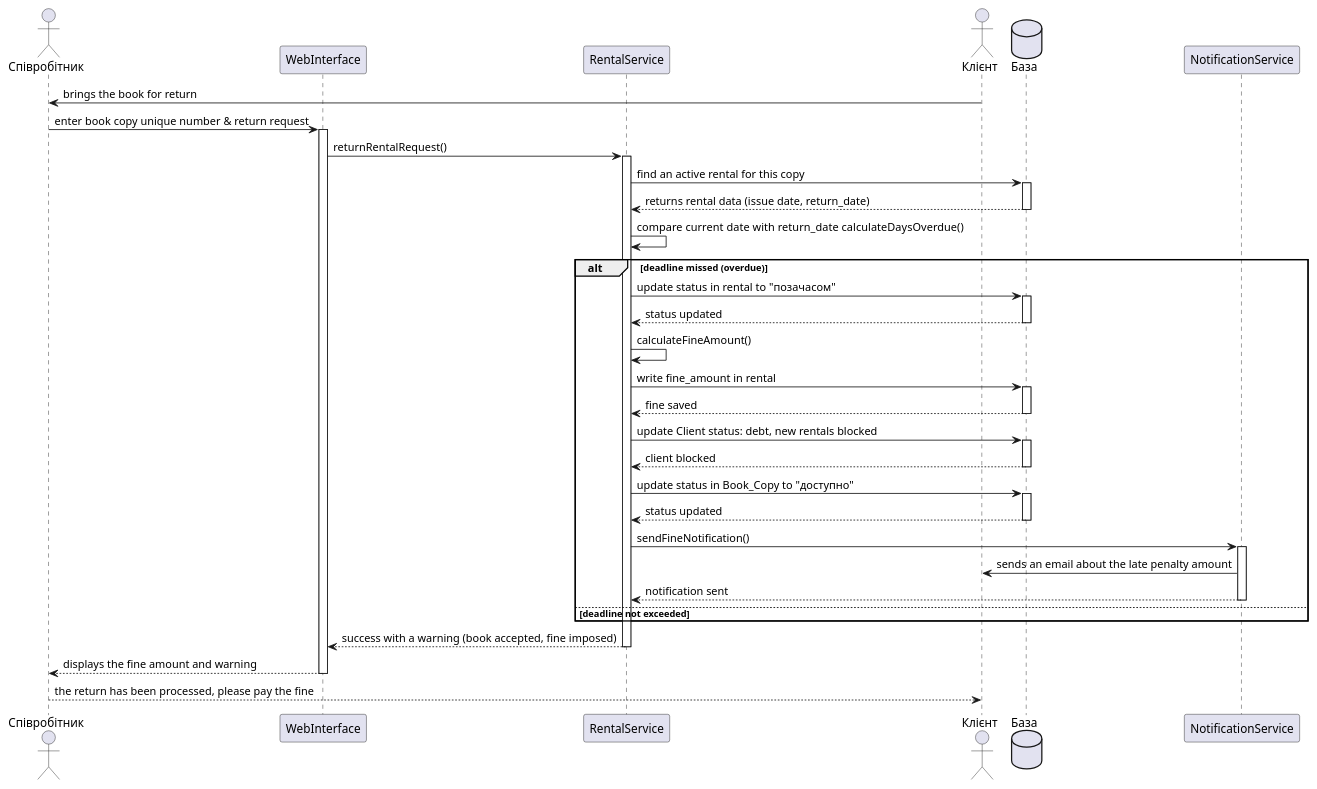
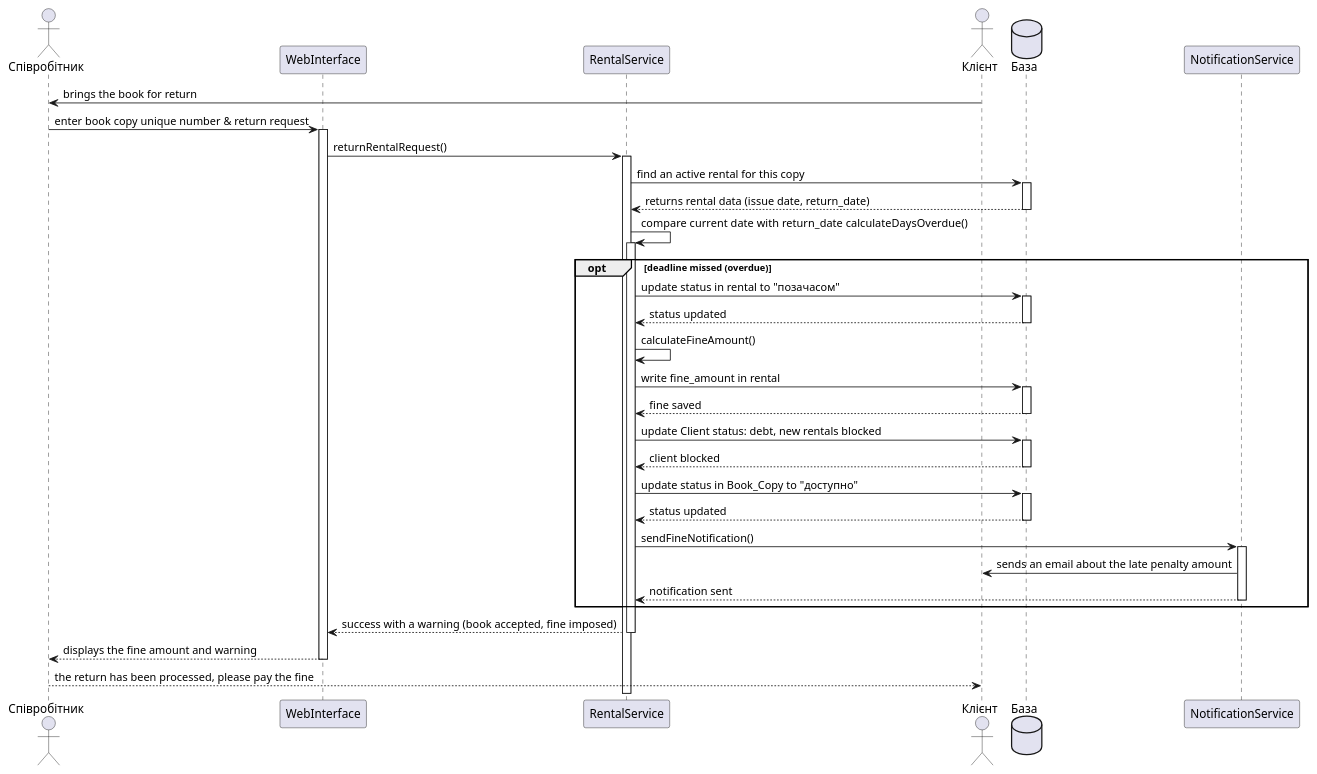
The fourth of 4 diagrams in task3/sequence.puml (sofiakiosova37-boop/bookshop_kpi2), drawn with PlantUML before and after one commit. The commit also changed other lines of this file, not shown here.

Commit message:
alt changed fot opt in 3 and 4

```diff
--- a/task3/sequence.puml
+++ b/task3/sequence.puml
@@ -118,35 +117,34 @@
 @startuml
 actor Співробітник as staff
 participant WebInterface as ui
 participant RentalService as service
 actor Клієнт as cus
 database База as DB
 participant NotificationService as notify
 
 cus -> staff: brings the book for return
 staff -> ui ++: enter book copy unique number & return request
 ui -> service ++: returnRentalRequest()
 service -> DB ++: find an active rental for this copy
 service <-- DB --: returns rental data (issue date, return_date)
-service -> service: compare current date with return_date  calculateDaysOverdue() 
+service -> service ++: compare current date with return_date  calculateDaysOverdue() 
 
-alt deadline missed (overdue)
+opt deadline missed (overdue)
     service -> DB ++: update status in rental to "позачасом"
     service <-- DB --: status updated
     service -> service: calculateFineAmount()
     service -> DB ++: write fine_amount in rental
     service <-- DB --: fine saved
     service -> DB ++: update Client status: debt, new rentals blocked
     service <-- DB --: client blocked
     service -> DB ++: update status in Book_Copy to "доступно"
     service <-- DB --: status updated
     service -> notify ++: sendFineNotification()
     notify -> cus: sends an email about the late penalty amount
     service <-- notify --: notification sent
-else deadline not exceeded
-end alt
+end 
 
 ui <-- service --: success with a warning (book accepted, fine imposed)
 staff <-- ui --: displays the fine amount and warning
 cus <-- staff: the return has been processed, please pay the fine
 @enduml
```
